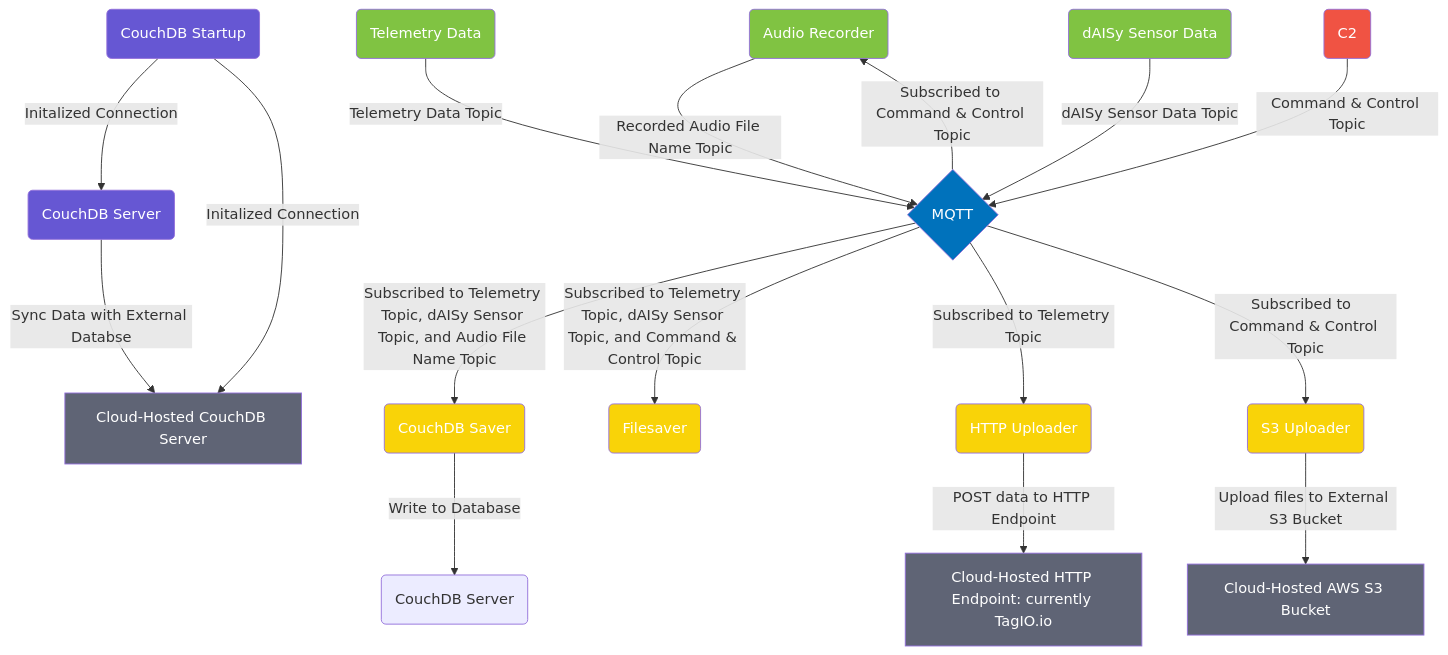
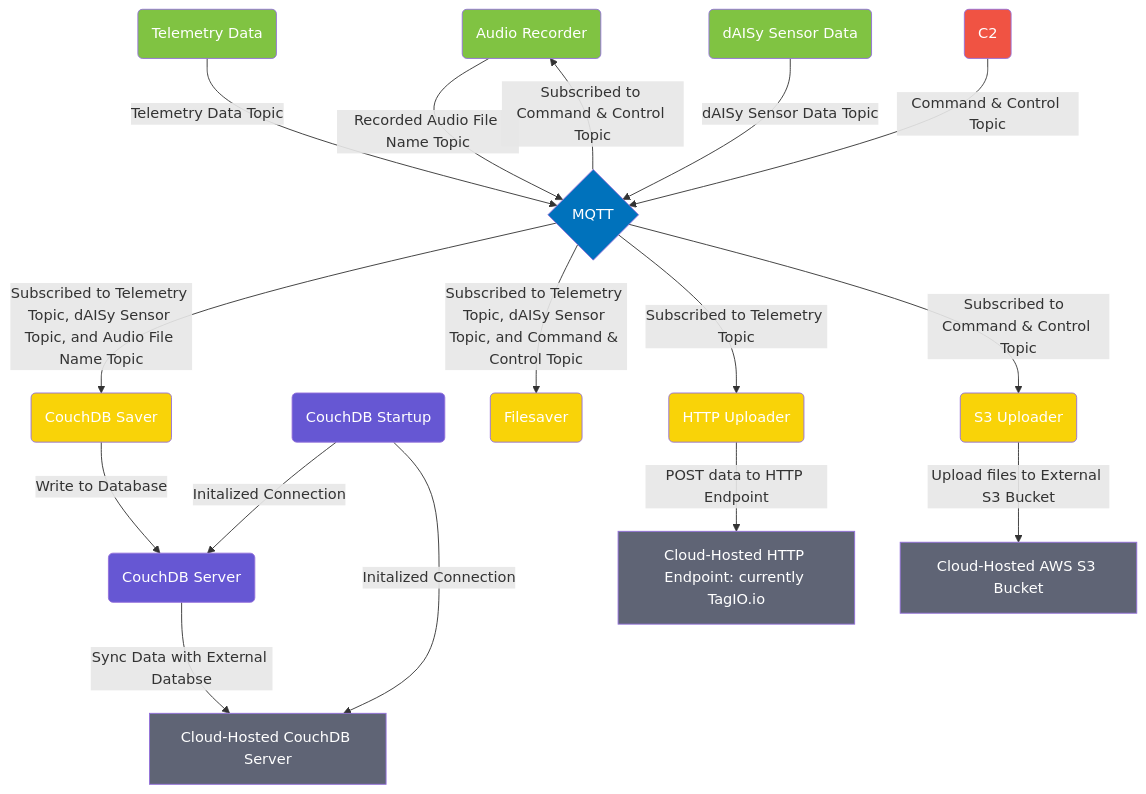
The diagram in README.md (IQTLabs/aisonobuoy-collector-pinephone), drawn with Mermaid before and after one commit.

Commit message:
another rename

````diff
--- a/README.md
+++ b/README.md
@@ -76,51 +76,51 @@
 ``` mermaid
 flowchart TD
     edgetech-audio-recorder(Audio Recorder) -- Recorded Audio File Name Topic --> mqtt{MQTT}
     edgetech-telemetry-pinephone(Telemetry Data) -- Telemetry Data Topic --> mqtt{MQTT}
     edgetech-daisy(dAISy Sensor Data) -- dAISy Sensor Data Topic --> mqtt{MQTT}
 
     edgetech-c2(C2) -- Command & Control Topic --> mqtt{MQTT}
 
-    edgetech-couchdb-saver(CouchDB Saver) -- Write to Database --> couchdbserver(CouchDB Server)
+    edgetech-couchdb-saver(CouchDB Saver) -- Write to Database --> edgetech-couchdb-server(CouchDB Server)
     edgetech-couchdb-startup(CouchDB Startup) -- Initalized Connection --> edgetech-couchdb-server(CouchDB Server)
     edgetech-couchdb-startup(CouchDB Startup) -- Initalized Connection --> couchdbremote[Cloud-Hosted CouchDB Server]
     edgetech-couchdb-server(CouchDB Server) -- Sync Data with External Databse --> couchdbremote[Cloud-Hosted CouchDB Server]
     
     mqtt{MQTT} -- Subscribed to Telemetry Topic, dAISy Sensor Topic, and Audio File Name Topic --> edgetech-couchdb-saver(CouchDB Saver)
     mqtt{MQTT} -- Subscribed to Telemetry Topic, dAISy Sensor Topic, and Command & Control Topic --> edgetech-filesaver(Filesaver)
 
     mqtt{MQTT} -- Subscribed to Command & Control Topic --> edgetech-audio-recorder(Audio Recorder)
     mqtt{MQTT} -- Subscribed to Telemetry Topic --> edgetech-http-uploader(HTTP Uploader)
     edgetech-http-uploader(HTTP Uploader) -- POST data to HTTP Endpoint --> httpendpoint[Cloud-Hosted HTTP Endpoint: currently TagIO.io]
 
     mqtt{MQTT} -- Subscribed to  Command & Control Topic --> edgetech-s3-uploader(S3 Uploader)
     edgetech-s3-uploader(S3 Uploader) -- Upload files to External S3 Bucket --> s3remote[Cloud-Hosted AWS S3 Bucket]
 
 
 style mqtt fill:#0072bc,color:#ffffff
 style edgetech-couchdb-saver fill:#F9D308,color:#ffffff
 style edgetech-telemetry-pinephone fill:#80c342,color:#ffffff
 style edgetech-daisy fill:#80c342,color:#ffffff
 style edgetech-couchdb-startup fill:#6657d3,color:#ffffff
 style edgetech-couchdb-server fill:#6657d3,color:#ffffff
 style couchdbremote fill:#5f6475,color:#ffffff
 style edgetech-filesaver fill:#F9D308,color:#ffffff
 style edgetech-c2 fill:#f05343,color:#ffffff
 style edgetech-audio-recorder fill:#80c342,color:#ffffff
 style edgetech-s3-uploader fill:#F9D308,color:#ffffff
 style s3remote fill:#5f6475,color:#ffffff
 style edgetech-http-uploader fill:#F9D308,color:#ffffff
 style httpendpoint fill:#5f6475,color:#ffffff
 
 click mqtt "https://github.com/IQTLabs/edgetech-core"
 click edgetech-s3-uploader "https://github.com/IQTLabs/edgetech-s3-uploader"
 click edgetech-telemetry-pinephone "https://github.com/IQTLabs/edgetech-telemetry-pinephone"
 click edgetech-http-uploader "https://github.com/IQTLabs/edgetech-http-uploader"
 click edgetech-daisy "https://github.com/IQTLabs/edgetech-daisy"
 click edgetech-c2 "https://github.com/IQTLabs/edgetech-c2"
 click edgetech-filesaver "https://github.com/IQTLabs/edgetech-filesaver"
 click edgetech-audio-recorder "https://github.com/IQTLabs/edgetech-audio-recorder"
 click edgetech-couchdb-startup "https://github.com/IQTLabs/edgetech-couchdb-startup"
 click edgetech-couchdb-server "https://github.com/IQTLabs/edgetech-couchdb-startup"
 click edgetech-couchdb-saver "https://github.com/IQTLabs/edgetech-couchdb-saver"
 ```
````
